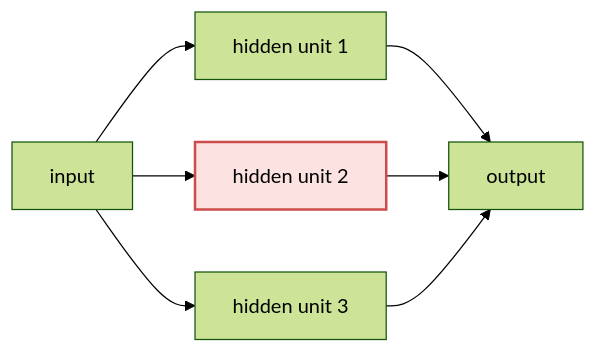
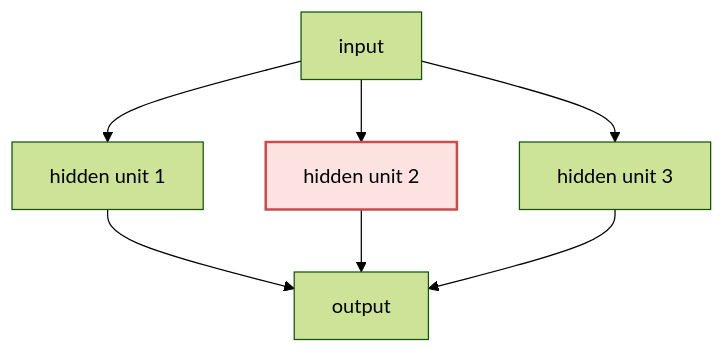
Before and after one commit to devchan64/AiBook: the diagram in docs/parts/part-04/chapter-08/section-02.md, drawn with Mermaid (forest theme). The commit also changed other lines of this file and 29 other files, not shown here.

````diff
--- a/docs/parts/part-04/chapter-08/section-02.md
+++ b/docs/parts/part-04/chapter-08/section-02.md
@@ -63,14 +63,17 @@
 ```mermaid
-flowchart LR
+flowchart TD
   A["input"]
   B["hidden unit 1"]
   C["hidden unit 2"]
   D["hidden unit 3"]
   E["output"]
 
-  A --> B --> E
-  A --> C --> E
-  A --> D --> E
+  A --> B
+  A --> C
+  A --> D
+  B --> E
+  C --> E
+  D --> E
 
   style C fill:#fde2e2,stroke:#cc4b4b,stroke-width:2px
 ```
````
